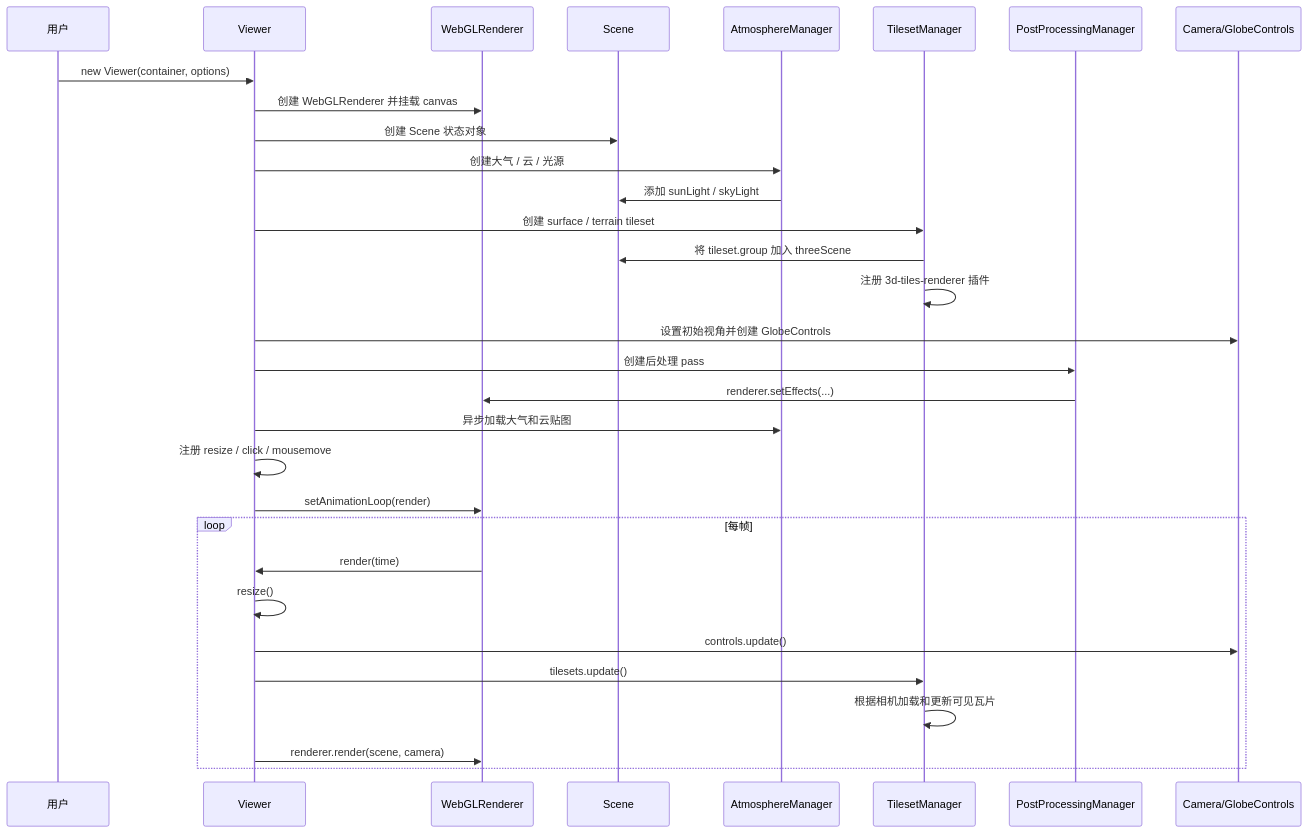
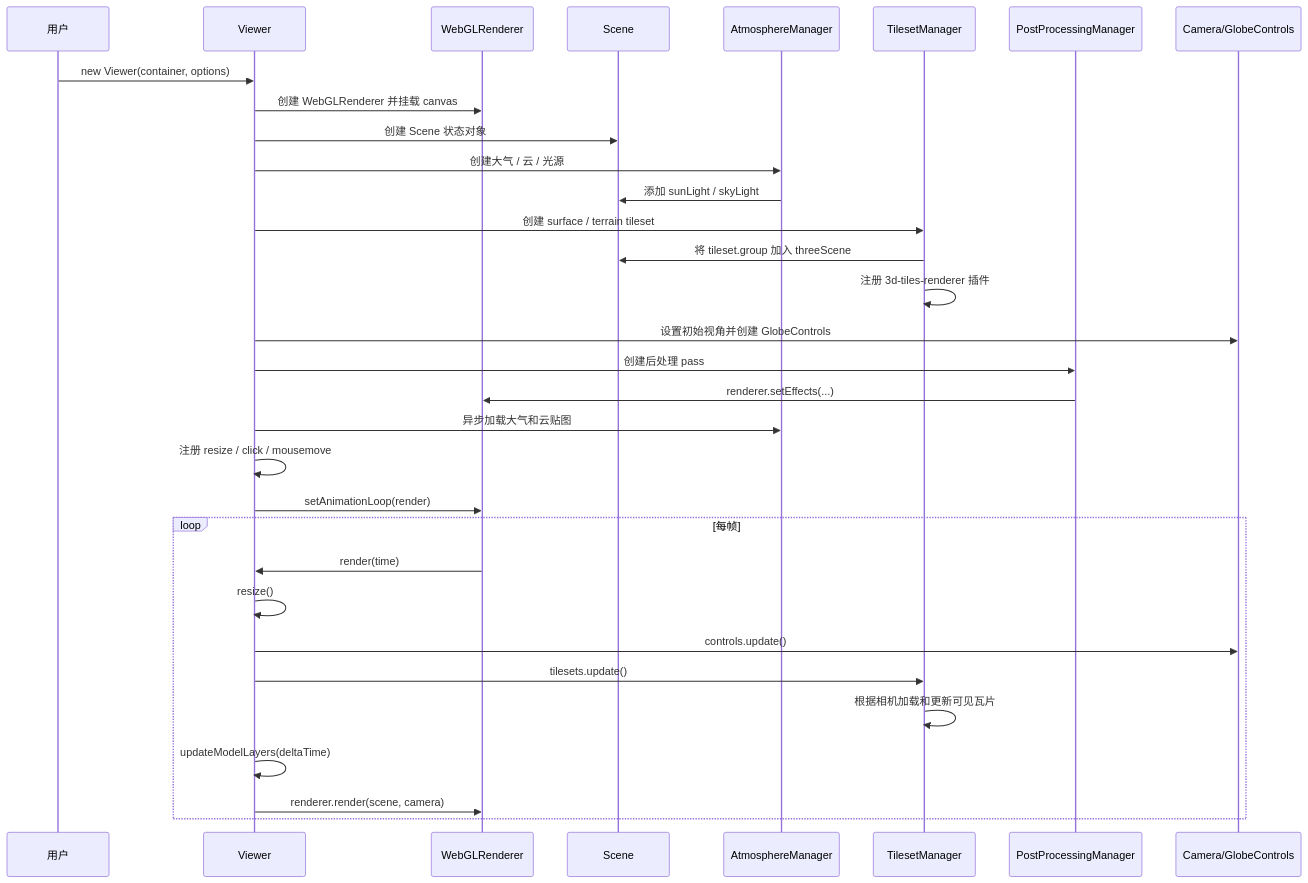
The second of 2 diagrams in README.md (cyanfish-x/tellux), drawn with Mermaid before and after one commit. The commit also changed other lines of this file and 14 other files, not shown here.

````diff
--- a/README.md
+++ b/README.md
@@ -344,35 +407,36 @@
 ```mermaid
 sequenceDiagram
   participant U as 用户
   participant V as Viewer
   participant R as WebGLRenderer
   participant S as Scene
   participant A as AtmosphereManager
   participant T as TilesetManager
   participant P as PostProcessingManager
   participant C as Camera/GlobeControls
 
   U->>V: new Viewer(container, options)
   V->>R: 创建 WebGLRenderer 并挂载 canvas
   V->>S: 创建 Scene 状态对象
   V->>A: 创建大气 / 云 / 光源
   A->>S: 添加 sunLight / skyLight
   V->>T: 创建 surface / terrain tileset
   T->>S: 将 tileset.group 加入 threeScene
   T->>T: 注册 3d-tiles-renderer 插件
   V->>C: 设置初始视角并创建 GlobeControls
   V->>P: 创建后处理 pass
   P->>R: renderer.setEffects(...)
   V->>A: 异步加载大气和云贴图
   V->>V: 注册 resize / click / mousemove
   V->>R: setAnimationLoop(render)
 
   loop 每帧
     R->>V: render(time)
     V->>V: resize()
     V->>C: controls.update()
     V->>T: tilesets.update()
     T->>T: 根据相机加载和更新可见瓦片
+    V->>V: updateModelLayers(deltaTime)
     V->>R: renderer.render(scene, camera)
   end
 ```
````
